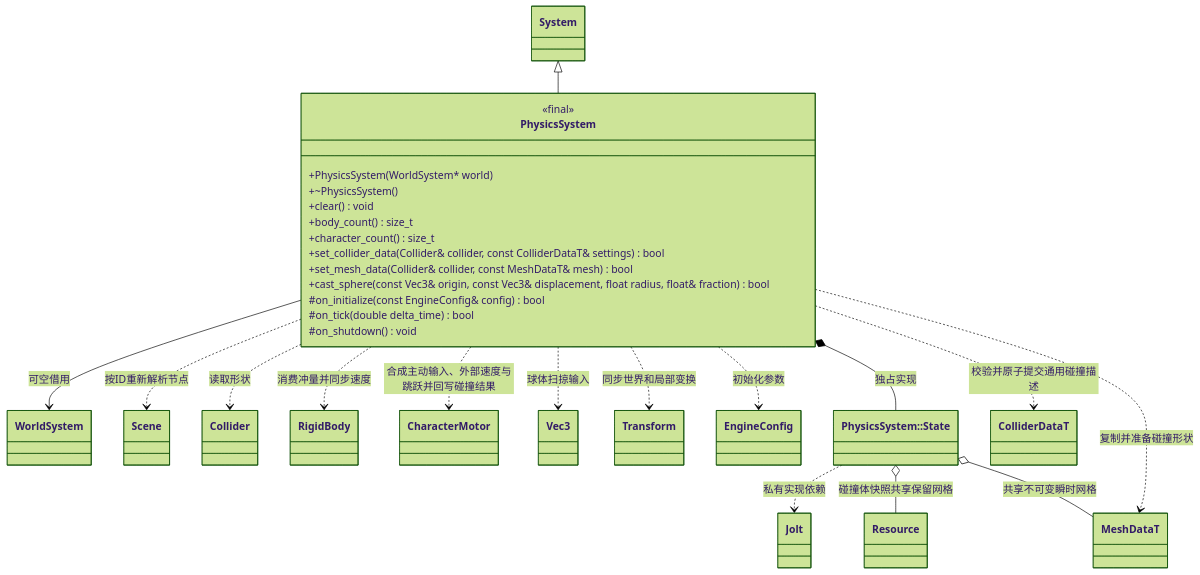
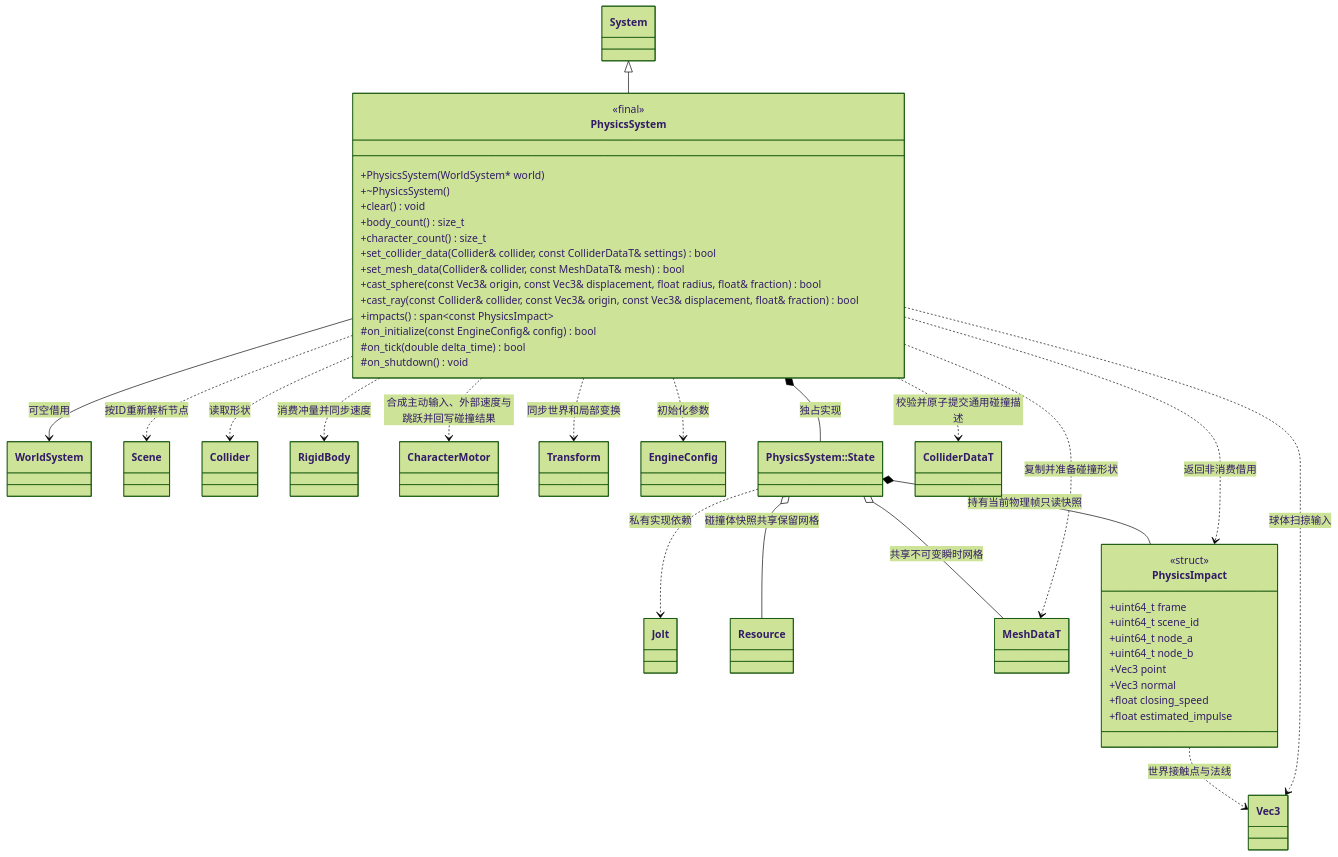
The diagram in docs/runtime/class-diagrams/physics-system.md (lcals/Engine), drawn with Mermaid (forest theme) before and after one commit. The commit also changed other lines of this file and 85 other files, not shown here.

````diff
--- a/docs/runtime/class-diagrams/physics-system.md
+++ b/docs/runtime/class-diagrams/physics-system.md
@@ -7,46 +7,62 @@
 ```mermaid
 classDiagram
     class PhysicsSystem {
         <<final>>
         +PhysicsSystem(WorldSystem#42; world)
         +~PhysicsSystem()
         +clear() void
         +body_count() size_t
         +character_count() size_t
         +set_collider_data(Collider& collider, const ColliderDataT& settings) bool
         +set_mesh_data(Collider& collider, const MeshDataT& mesh) bool
         +cast_sphere(const Vec3& origin, const Vec3& displacement, float radius, float& fraction) bool
+        +cast_ray(const Collider& collider, const Vec3& origin, const Vec3& displacement, float& fraction) bool
+        +impacts() span~const PhysicsImpact~
         #on_initialize(const EngineConfig& config) bool
         #on_tick(double delta_time) bool
         #on_shutdown() void
     }
     class System
     class WorldSystem
     class Scene
     class Collider
     class RigidBody
     class CharacterMotor
     class Vec3
     class Transform
     class EngineConfig
     class PhysicsState["PhysicsSystem::State"]
     class Jolt["Jolt"]
     class Resource
     class MeshDataT
     class ColliderDataT
+    class PhysicsImpact {
+        <<struct>>
+        +uint64_t frame
+        +uint64_t scene_id
+        +uint64_t node_a
+        +uint64_t node_b
+        +Vec3 point
+        +Vec3 normal
+        +float closing_speed
+        +float estimated_impulse
+    }
     System <|-- PhysicsSystem
     PhysicsSystem --> WorldSystem : 可空借用
     PhysicsSystem *-- PhysicsState : 独占实现
     PhysicsState ..> Jolt : 私有实现依赖
     PhysicsState o-- Resource : 碰撞体快照共享保留网格
     PhysicsState o-- MeshDataT : 共享不可变瞬时网格
     PhysicsSystem ..> MeshDataT : 复制并准备碰撞形状
     PhysicsSystem ..> ColliderDataT : 校验并原子提交通用碰撞描述
+    PhysicsState *-- PhysicsImpact : 持有当前物理帧只读快照
+    PhysicsSystem ..> PhysicsImpact : 返回非消费借用
+    PhysicsImpact ..> Vec3 : 世界接触点与法线
     PhysicsSystem ..> Scene : 按ID重新解析节点
     PhysicsSystem ..> Collider : 读取形状
     PhysicsSystem ..> RigidBody : 消费冲量并同步速度
     PhysicsSystem ..> CharacterMotor : 合成主动输入、外部速度与跳跃并回写碰撞结果
     PhysicsSystem ..> Vec3 : 球体扫掠输入
     PhysicsSystem ..> Transform : 同步世界和局部变换
     PhysicsSystem ..> EngineConfig : 初始化参数
 ```
````
